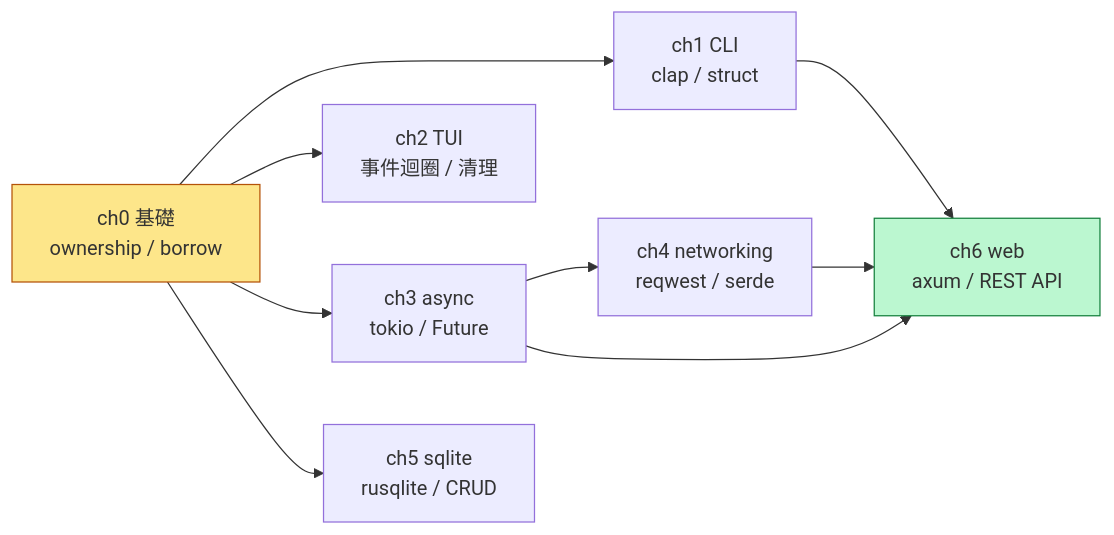
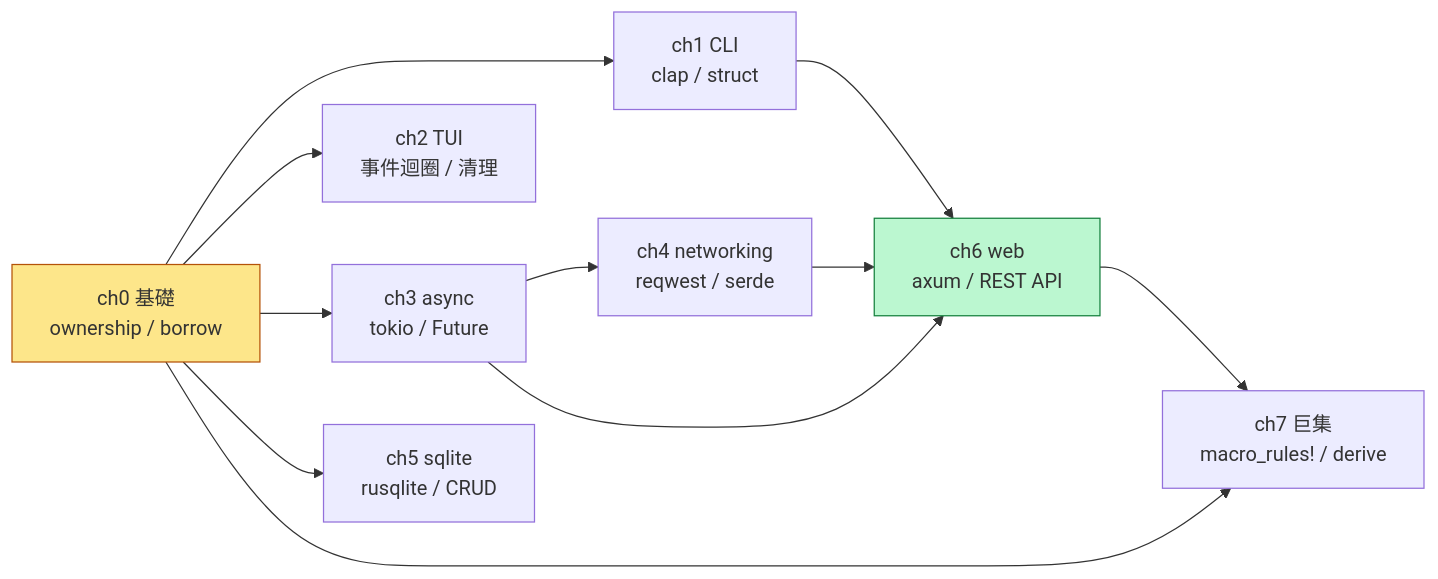
The diagram in TUTORIAL.md (yorickchan/rust_tutorial), drawn with Mermaid before and after one commit. The commit also changed other lines of this file and 15 other files, not shown here.

````diff
--- a/TUTORIAL.md
+++ b/TUTORIAL.md
@@ -200,22 +220,25 @@
 ```mermaid
 graph LR
     ch00["ch0 基礎<br/>ownership / borrow"]
     ch01["ch1 CLI<br/>clap / struct"]
     ch02["ch2 TUI<br/>事件迴圈 / 清理"]
     ch03["ch3 async<br/>tokio / Future"]
     ch04["ch4 networking<br/>reqwest / serde"]
     ch05["ch5 sqlite<br/>rusqlite / CRUD"]
     ch06["ch6 web<br/>axum / REST API"]
+    ch07["ch7 巨集<br/>macro_rules! / derive"]
 
     ch00 --> ch01
     ch00 --> ch02
     ch00 --> ch03
     ch03 --> ch04
     ch03 --> ch06
     ch00 --> ch05
     ch01 --> ch06
     ch04 --> ch06
+    ch00 --> ch07
+    ch06 --> ch07
 
     style ch00 fill:#fde68a,stroke:#b45309
     style ch06 fill:#bbf7d0,stroke:#15803d
 ```
````
